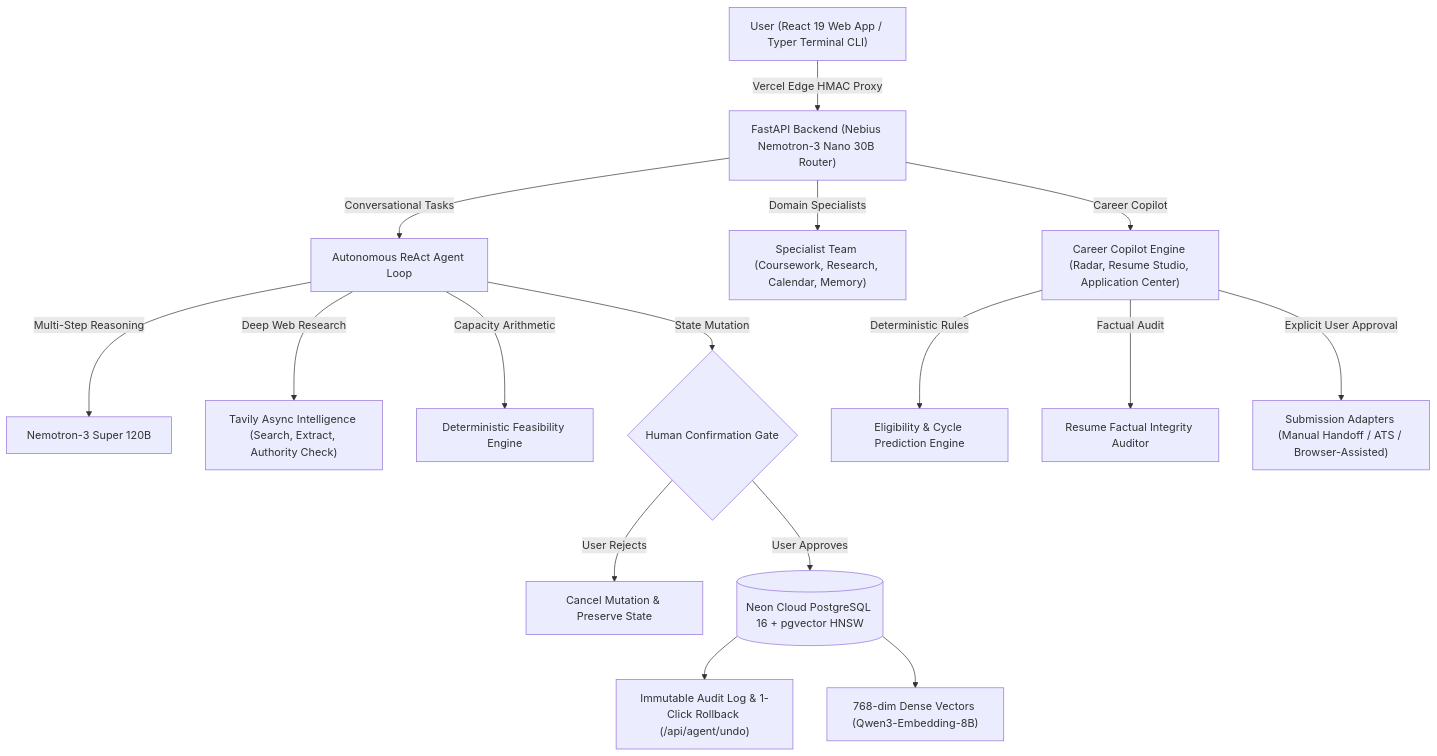
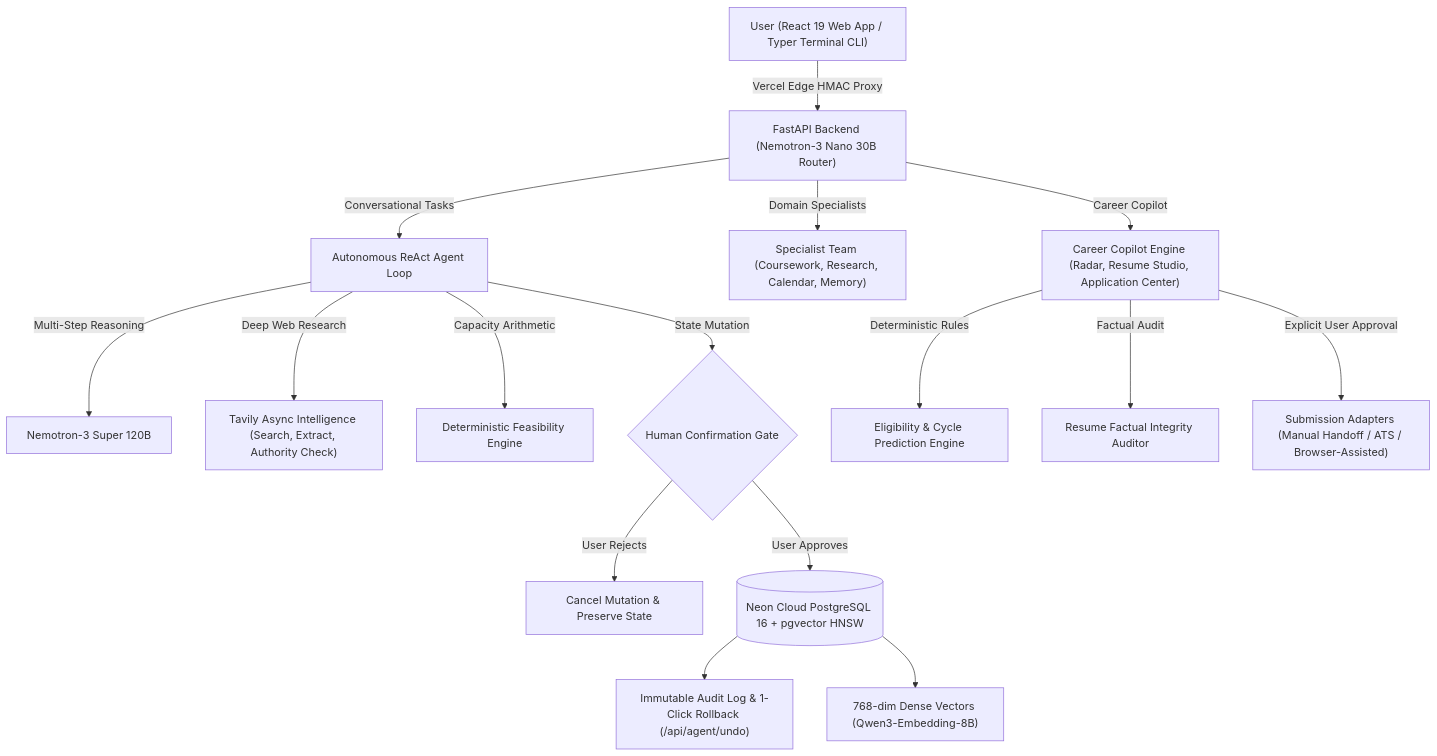
The diagram in README.md (24f3001919/compass-), drawn with Mermaid before and after one commit. The commit also changed other lines of this file and 2 other files, not shown here.

Commit message:
docs: Devpost-ready README, submission kit and Nebius feedback (accurate counts, model map, honest Nebius scope, team update) (#213)

````diff
--- a/README.md
+++ b/README.md
@@ -53,23 +85,23 @@
 ```mermaid
 graph TD
-    User["User (React 19 Web App / Typer Terminal CLI)"] -->|Vercel Edge HMAC Proxy| Router["FastAPI Backend (Nebius Nemotron-3 Nano 30B Router)"]
+    User["User (React 19 Web App / Typer Terminal CLI)"] -->|Vercel Edge HMAC Proxy| Router["FastAPI Backend (Nemotron-3 Nano 30B Router)"]
     
     Router -->|Conversational Tasks| ReAct["Autonomous ReAct Agent Loop"]
     Router -->|Domain Specialists| Specialists["Specialist Team (Coursework, Research, Calendar, Memory)"]
     Router -->|Career Copilot| Career["Career Copilot Engine (Radar, Resume Studio, Application Center)"]
 
     ReAct -->|Multi-Step Reasoning| Super["Nemotron-3 Super 120B"]
     ReAct -->|Deep Web Research| Tavily["Tavily Async Intelligence (Search, Extract, Authority Check)"]
     ReAct -->|Capacity Arithmetic| Feasibility["Deterministic Feasibility Engine"]
     
     ReAct -->|State Mutation| ConfirmGate{"Human Confirmation Gate"}
     ConfirmGate -->|User Rejects| Abort["Cancel Mutation & Preserve State"]
     ConfirmGate -->|User Approves| DBWrite[("Neon Cloud PostgreSQL 16 + pgvector HNSW")]
     
     Career -->|Deterministic Rules| Eligibility["Eligibility & Cycle Prediction Engine"]
     Career -->|Factual Audit| Validator["Resume Factual Integrity Auditor"]
     Career -->|Explicit User Approval| Submissions["Submission Adapters (Manual Handoff / ATS / Browser-Assisted)"]
     
     DBWrite --> AuditLog["Immutable Audit Log & 1-Click Rollback (/api/agent/undo)"]
     DBWrite --> VectorStore["768-dim Dense Vectors (Qwen3-Embedding-8B)"]
 ```
````
